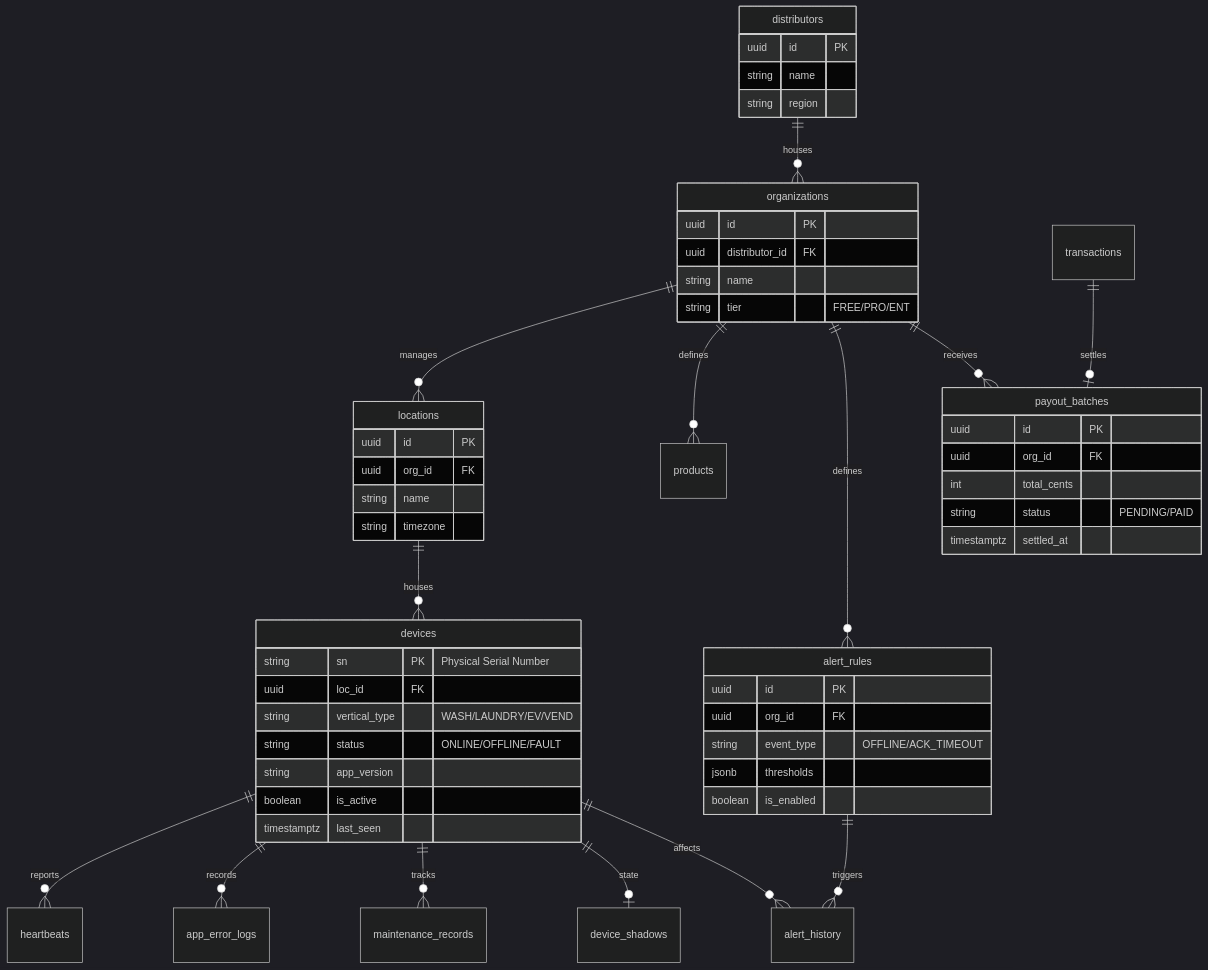
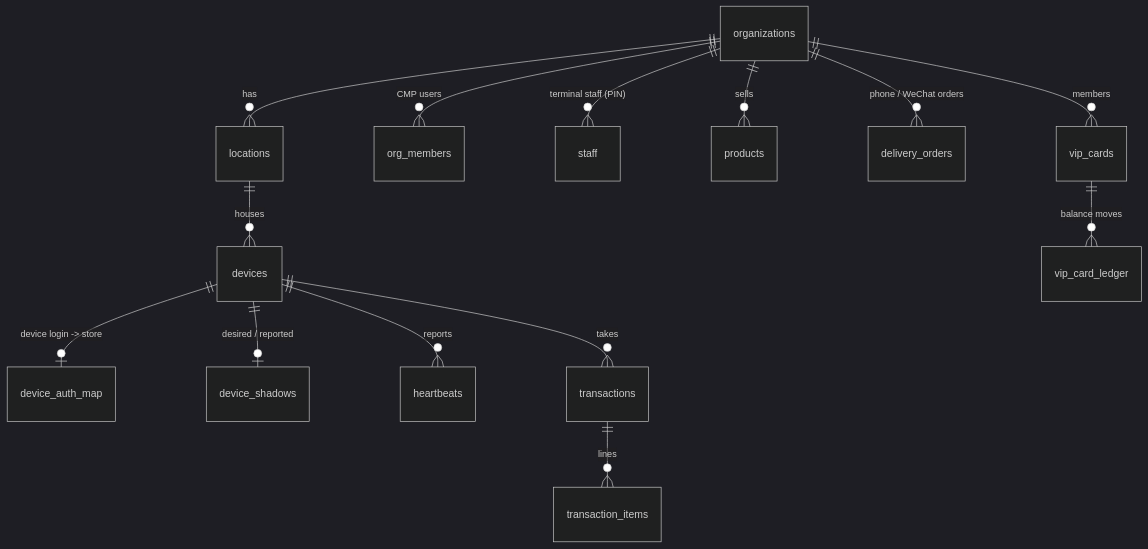
Before and after one commit to Hanzg20/GS-SSP: the diagram in docs/database_design.md, drawn with Mermaid (dark theme). The commit also changed other lines of this file and 3 other files, not shown here.

````diff
--- a/docs/database_design.md
+++ b/docs/database_design.md
@@ -7,65 +17,16 @@
 ```mermaid
 erDiagram
-    distributors ||--o{ organizations : "houses"
-    organizations ||--o{ locations : "manages"
-    organizations ||--o{ products : "defines"
+    organizations ||--o{ locations : "has"
+    organizations ||--o{ org_members : "CMP users"
+    organizations ||--o{ staff : "terminal staff (PIN)"
+    organizations ||--o{ products : "sells"
     locations ||--o{ devices : "houses"
-    
+    devices ||--o| device_auth_map : "device login -> store"
+    devices ||--o| device_shadows : "desired / reported"
     devices ||--o{ heartbeats : "reports"
-    devices ||--o{ app_error_logs : "records"
-    devices ||--o{ maintenance_records : "tracks"
-    devices ||--o| device_shadows : "state"
-    
-    organizations ||--o{ alert_rules : "defines"
-    alert_rules ||--o{ alert_history : "triggers"
-    devices ||--o{ alert_history : "affects"
-    
-    transactions ||--o| payout_batches : "settles"
-    organizations ||--o{ payout_batches : "receives"
-
-    distributors {
-        uuid id PK
-        string name
-        string region
-    }
-
-    organizations {
-        uuid id PK
-        uuid distributor_id FK
-        string name
-        string tier "FREE/PRO/ENT"
-    }
-
-    locations {
-        uuid id PK
-        uuid org_id FK
-        string name
-        string timezone
-    }
-
-    devices {
-        string sn PK "Physical Serial Number"
-        uuid loc_id FK
-        string vertical_type "WASH/LAUNDRY/EV/VEND"
-        string status "ONLINE/OFFLINE/FAULT"
-        string app_version
-        boolean is_active
-        timestamptz last_seen
-    }
-
-    alert_rules {
-        uuid id PK
-        uuid org_id FK
-        string event_type "OFFLINE/ACK_TIMEOUT"
-        jsonb thresholds
-        boolean is_enabled
-    }
-
-    payout_batches {
-        uuid id PK
-        uuid org_id FK
-        int total_cents
-        string status "PENDING/PAID"
-        timestamptz settled_at
-    }
+    devices ||--o{ transactions : "takes"
+    transactions ||--o{ transaction_items : "lines"
+    organizations ||--o{ delivery_orders : "phone / WeChat orders"
+    organizations ||--o{ vip_cards : "members"
+    vip_cards ||--o{ vip_card_ledger : "balance moves"
 ```
````
